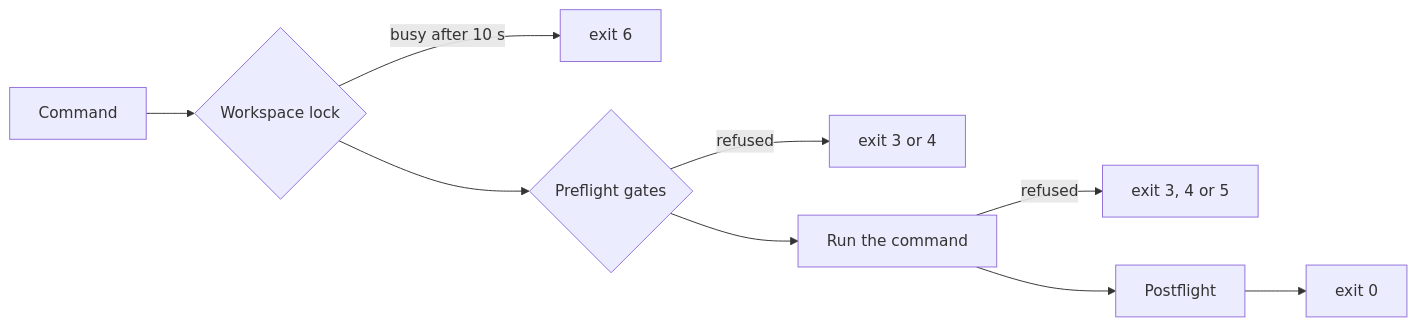
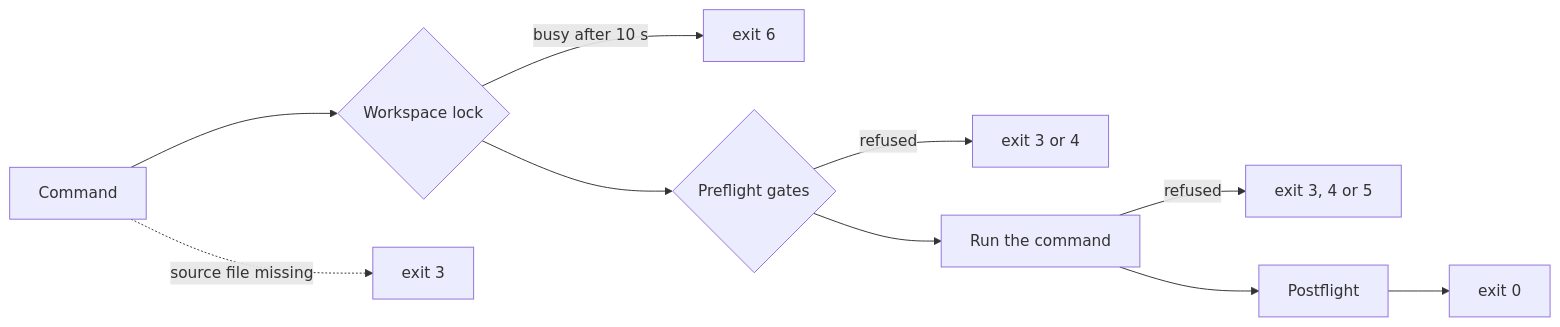
Before and after one commit to jmatzkin1980/ignite-sentinel: the diagram in user_guide/01-command-reference.md, drawn with Mermaid. The commit also changed other lines of this file and 61 other files, not shown here.

First line of the commit message:
IMP-312: coherent exit codes for missing inputs and prerequisites

````diff
--- a/user_guide/01-command-reference.md
+++ b/user_guide/01-command-reference.md
@@ -84,11 +84,12 @@
 ```mermaid
 flowchart LR
     A[Command] --> L{Workspace lock}
     L -- busy after 10 s --> X6[exit 6]
     L --> P{Preflight gates}
     P -- refused --> X4[exit 3 or 4]
+    A -. source file missing .-> X3[exit 3]
     P --> R[Run the command]
     R -- refused --> X[exit 3, 4 or 5]
     R --> Q[Postflight]
     Q --> D[exit 0]
 ```
````
